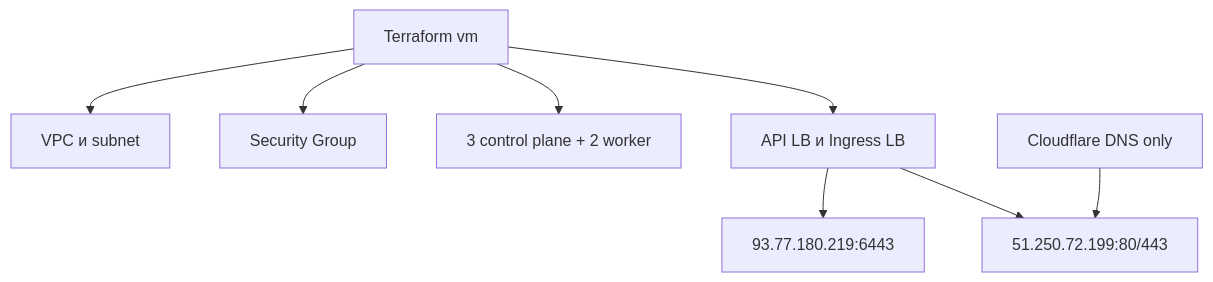
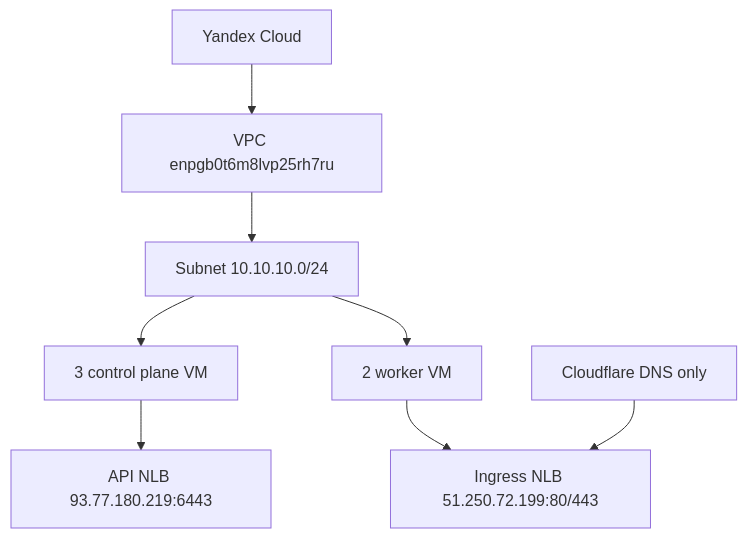
One commit to BryanskPartizan/mdp-deployment-kit changed the diagram in execution-log/03-infrastructure-and-dns.md. Above: the diagram before and after it, drawn with Mermaid. The commit also changed other lines of this file and 20 other files, not shown here.

Commit message:
Fix Mermaid diagrams in project documentation

````diff
--- a/execution-log/03-infrastructure-and-dns.md
+++ b/execution-log/03-infrastructure-and-dns.md
@@ -82,10 +461,10 @@
 ```mermaid
 flowchart TB
-    TF[Terraform vm] --> VPC[VPC и subnet]
-    TF --> SG[Security Group]
-    TF --> VM[3 control plane + 2 worker]
-    TF --> LB[API LB и Ingress LB]
-    LB --> APIIP[93.77.180.219:6443]
-    LB --> INGRESSIP[51.250.72.199:80/443]
-    CF[Cloudflare DNS only] --> INGRESSIP
+    YC[Yandex Cloud] --> VPC[VPC enpgb0t6m8lvp25rh7ru]
+    VPC --> SUBNET[Subnet 10.10.10.0/24]
+    SUBNET --> CP[3 control plane VM]
+    SUBNET --> W[2 worker VM]
+    CP --> APILB[API NLB 93.77.180.219:6443]
+    W --> INGLB[Ingress NLB 51.250.72.199:80/443]
+    CF[Cloudflare DNS only] --> INGLB
 ```
````
